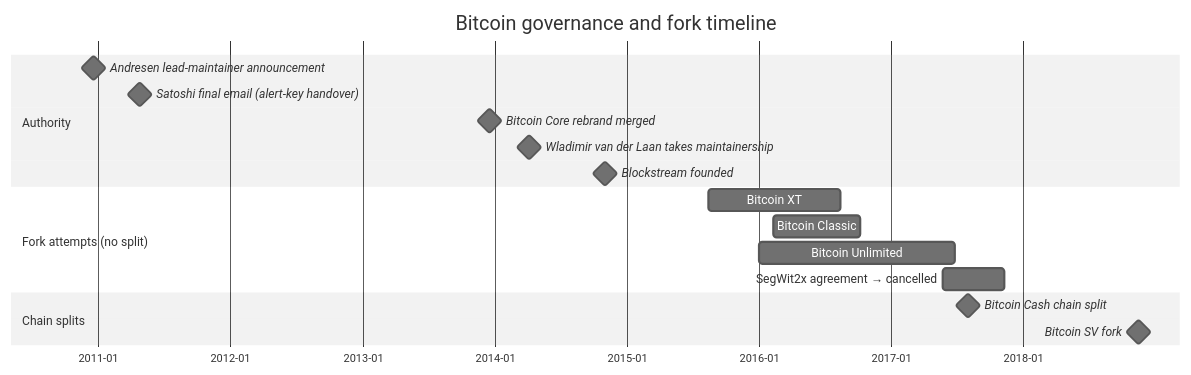
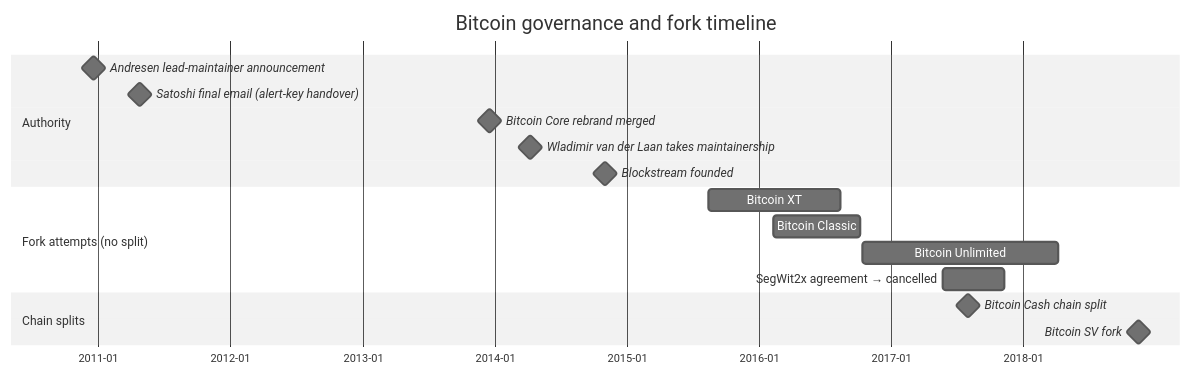
The diagram in src/data/entries/en/analysis/2015-08-15-bitcoin-fork-wars-as-not-oss.md (cypher256/BitcoinArchive), drawn with Mermaid (neutral theme) before and after one commit. The commit also changed 66 other files, not shown here.

````diff
--- a/src/data/entries/en/analysis/2015-08-15-bitcoin-fork-wars-as-not-oss.md
+++ b/src/data/entries/en/analysis/2015-08-15-bitcoin-fork-wars-as-not-oss.md
@@ -81,32 +81,34 @@
 ```mermaid
 gantt
     title Bitcoin governance and fork timeline
     dateFormat YYYY-MM-DD
     axisFormat %Y-%m
 
     section Authority
     Andresen lead-maintainer announcement :milestone, 2010-12-19, 0d
     %% link: /BitcoinArchive/entries/aftermath/2010-12-19-andresen-lead-maintainer-announcement/
     Satoshi final email (alert-key handover) :milestone, 2011-04-26, 0d
     %% link: /BitcoinArchive/entries/aftermath/2011-04-26-satoshi-to-andresen-alert-key/
     Bitcoin Core rebrand merged :milestone, 2013-12-16, 0d
     %% link: /BitcoinArchive/entries/analysis/2014-03-19-bitcoin-core-rebrand-authority-effects/
-    Wladimir van der Laan takes maintainership :milestone, 2014-04-07, 0d
+    Wladimir van der Laan takes maintainership :milestone, 2014-04-08, 0d
+    %% link: /BitcoinArchive/participants/wladimir-van-der-laan/
     Blockstream founded :milestone, 2014-11-01, 0d
     %% link: /BitcoinArchive/entries/analysis/2014-11-01-blockstream-centralization-claim/
 
     section Fork attempts (no split)
     Bitcoin XT :2015-08-15, 365d
     %% link: /BitcoinArchive/entries/aftermath/2015-08-15-bitcoin-xt-launch/
     Bitcoin Classic :2016-02-10, 240d
     %% link: /BitcoinArchive/entries/analysis/2015-08-15-block-size-war-2015-2017-overview/
-    Bitcoin Unlimited :2016-01-01, 540d
+    Bitcoin Unlimited :2016-10-13, 540d
+    %% link: /BitcoinArchive/entries/analysis/2008-10-31-bitcoin-fork-and-altcoin-genealogy/
     SegWit2x agreement → cancelled :2017-05-23, 169d
     %% link: /BitcoinArchive/entries/aftermath/2017-11-08-segwit2x-cancellation/
 
     section Chain splits
     Bitcoin Cash chain split :milestone, 2017-08-01, 0d
     %% link: /BitcoinArchive/entries/aftermath/2017-08-01-bitcoin-cash-fork/
     Bitcoin SV fork :milestone, 2018-11-15, 0d
     %% link: /BitcoinArchive/entries/aftermath/2018-11-15-bitcoin-sv-fork/
 ```
````
